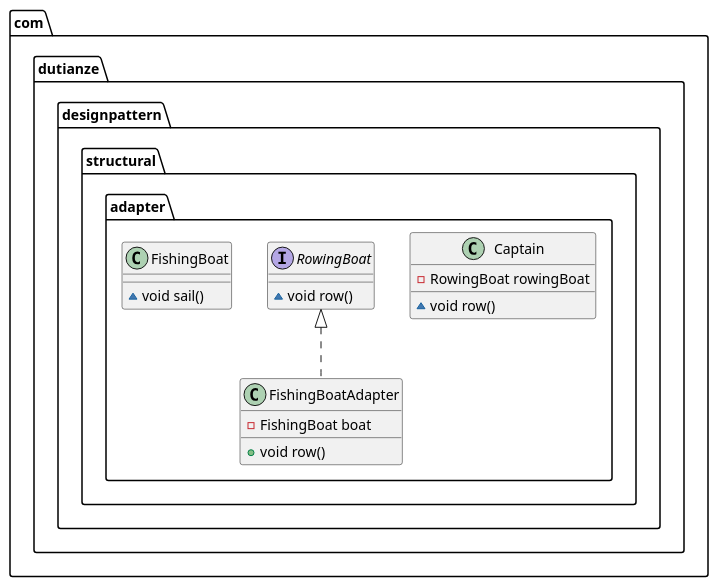
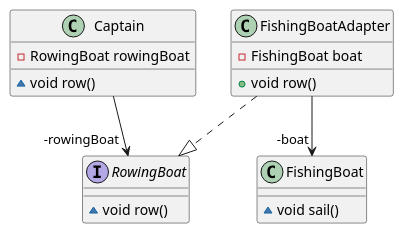
One commit to duTianze/my-java changed the diagram in design/design-pattern/src/main/java/com/dutianze/designpattern/structural/adapter/adapter.puml. Above: the diagram before and after it, drawn with PlantUML. The commit also changed 35 other files, not shown here.

```diff
--- a/design/design-pattern/src/main/java/com/dutianze/designpattern/structural/adapter/adapter.puml
+++ b/design/design-pattern/src/main/java/com/dutianze/designpattern/structural/adapter/adapter.puml
@@ -1,19 +1,21 @@
 @startuml
-class com.dutianze.designpattern.structural.adapter.Captain {
+class Captain {
 - RowingBoat rowingBoat
 ~ void row()
 }
-class com.dutianze.designpattern.structural.adapter.FishingBoatAdapter {
+class FishingBoat {
+~ void sail()
+}
+class FishingBoatAdapter {
 - FishingBoat boat
 + void row()
 }
-interface com.dutianze.designpattern.structural.adapter.RowingBoat {
+interface RowingBoat {
 ~ void row()
-}
-class com.dutianze.designpattern.structural.adapter.FishingBoat {
-~ void sail()
 }
 
 
-com.dutianze.designpattern.structural.adapter.RowingBoat <|.. com.dutianze.designpattern.structural.adapter.FishingBoatAdapter
+FishingBoatAdapter -->  "-boat" FishingBoat
+Captain -->  "-rowingBoat" RowingBoat
+FishingBoatAdapter ..|> RowingBoat
 @enduml
```
